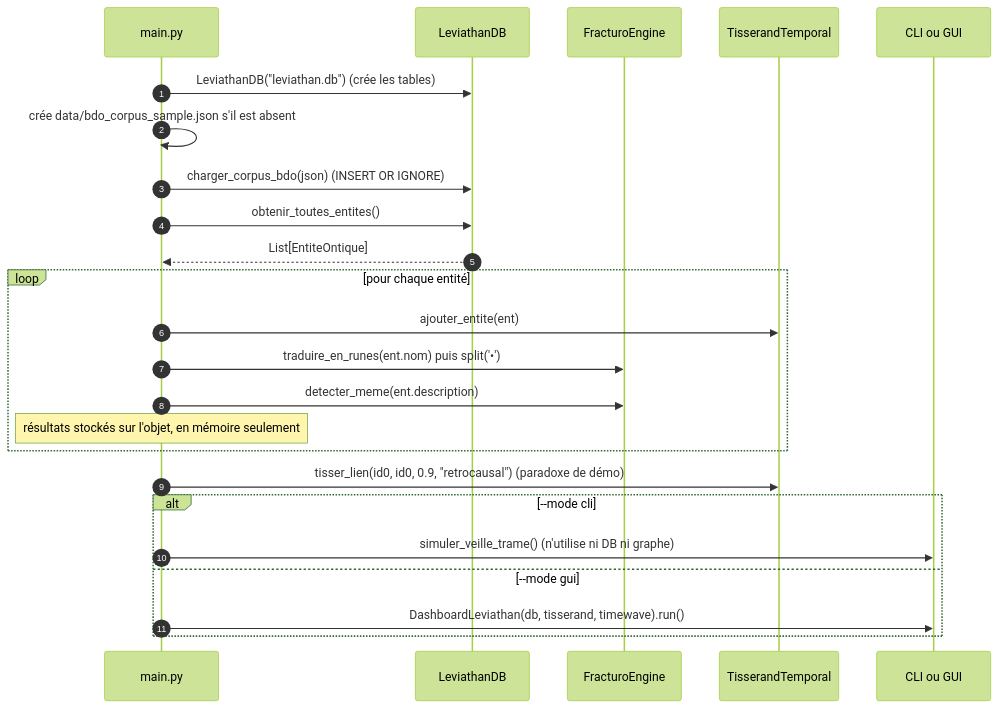
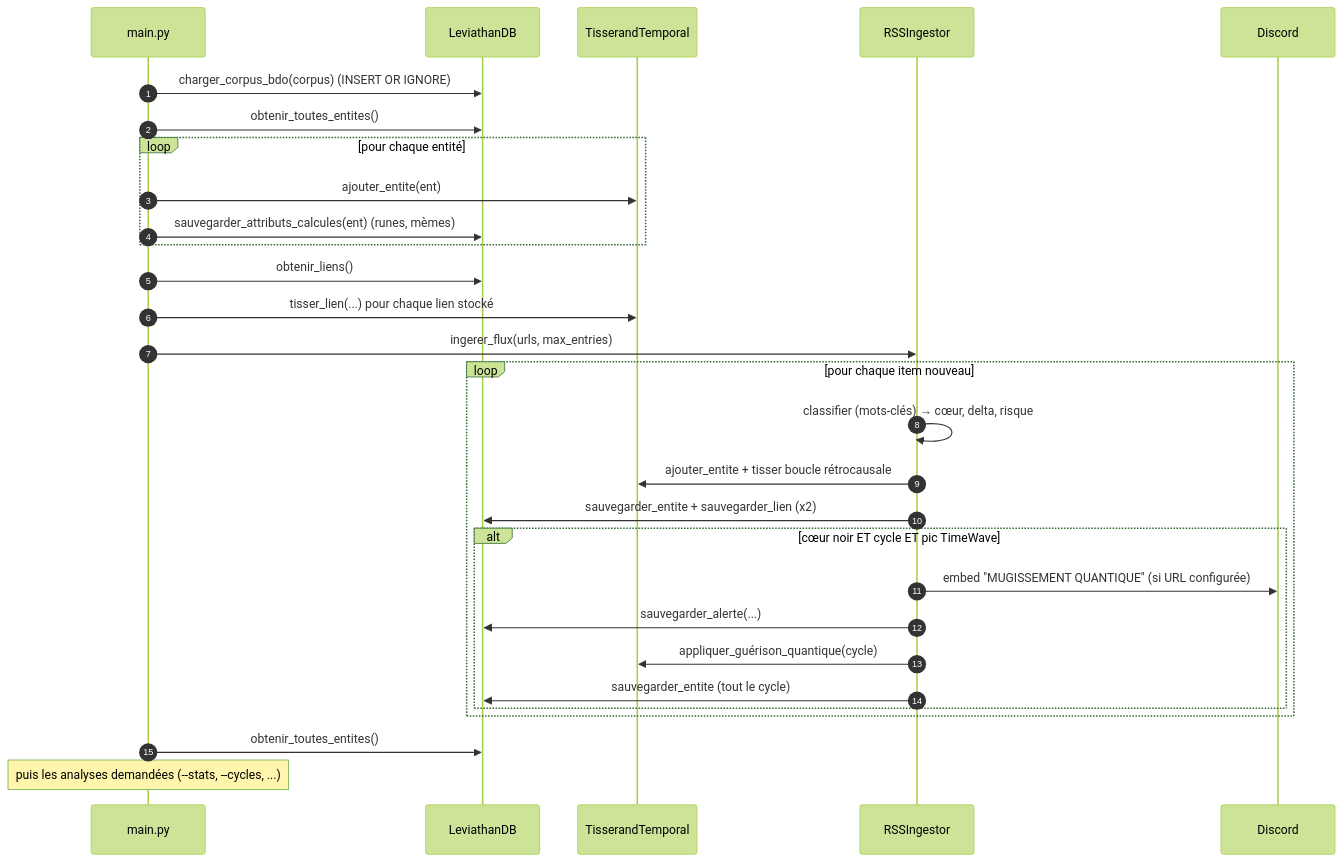
One commit to BlackSwanCode/Chronos-Trame-Discordia changed the second of 2 diagrams in README.md. Above: the diagram before and after it, drawn with Mermaid (forest theme). The commit also changed other lines of this file, not shown here.

````diff
--- a/README.md
+++ b/README.md
@@ -252,27 +274,32 @@
 ```mermaid
 sequenceDiagram
     autonumber
     participant M as main.py
     participant DB as LeviathanDB
-    participant F as FracturoEngine
     participant G as TisserandTemporal
-    participant UI as CLI ou GUI
+    participant I as RSSIngestor
+    participant D as Discord
 
-    M->>DB: LeviathanDB("leviathan.db")  (crée les tables)
-    M->>M: crée data/bdo_corpus_sample.json s'il est absent
-    M->>DB: charger_corpus_bdo(json)  (INSERT OR IGNORE)
+    M->>DB: charger_corpus_bdo(corpus)  (INSERT OR IGNORE)
     M->>DB: obtenir_toutes_entites()
-    DB-->>M: List[EntiteOntique]
     loop pour chaque entité
         M->>G: ajouter_entite(ent)
-        M->>F: traduire_en_runes(ent.nom) puis split('•')
-        M->>F: detecter_meme(ent.description)
-        Note over M: résultats stockés sur l'objet, en mémoire seulement
+        M->>DB: sauvegarder_attributs_calcules(ent)  (runes, mèmes)
     end
-    M->>G: tisser_lien(id0, id0, 0.9, "retrocausal")  (paradoxe de démo)
-    alt --mode cli
-        M->>UI: simuler_veille_trame()  (n'utilise ni DB ni graphe)
-    else --mode gui
-        M->>UI: DashboardLeviathan(db, tisserand, timewave).run()
+    M->>DB: obtenir_liens()
+    M->>G: tisser_lien(...) pour chaque lien stocké
+    M->>I: ingerer_flux(urls, max_entries)
+    loop pour chaque item nouveau
+        I->>I: classifier (mots-clés) → cœur, delta, risque
+        I->>G: ajouter_entite + tisser boucle rétrocausale
+        I->>DB: sauvegarder_entite + sauvegarder_lien (x2)
+        alt cœur noir ET cycle ET pic TimeWave
+            I->>D: embed "MUGISSEMENT QUANTIQUE" (si URL configurée)
+            I->>DB: sauvegarder_alerte(...)
+            I->>G: appliquer_guérison_quantique(cycle)
+            I->>DB: sauvegarder_entite (tout le cycle)
+        end
     end
+    M->>DB: obtenir_toutes_entites()
+    Note over M: puis les analyses demandées (--stats, --cycles, ...)
 ```
````
